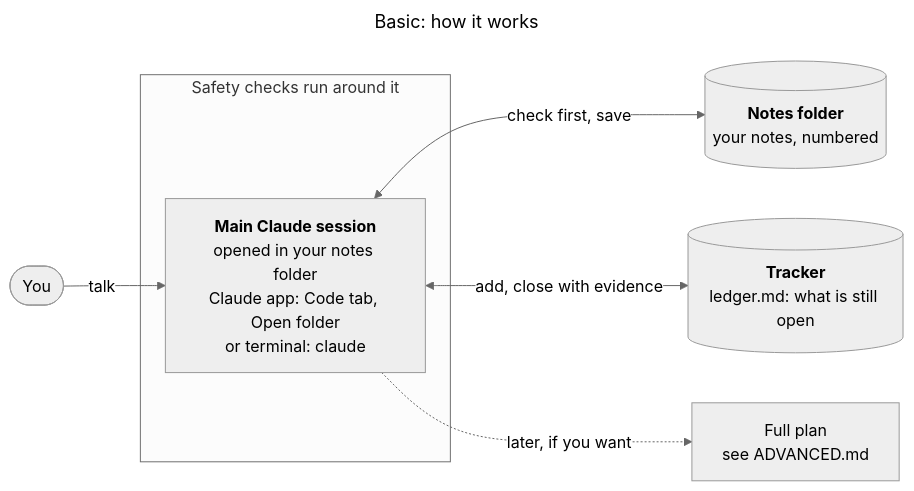
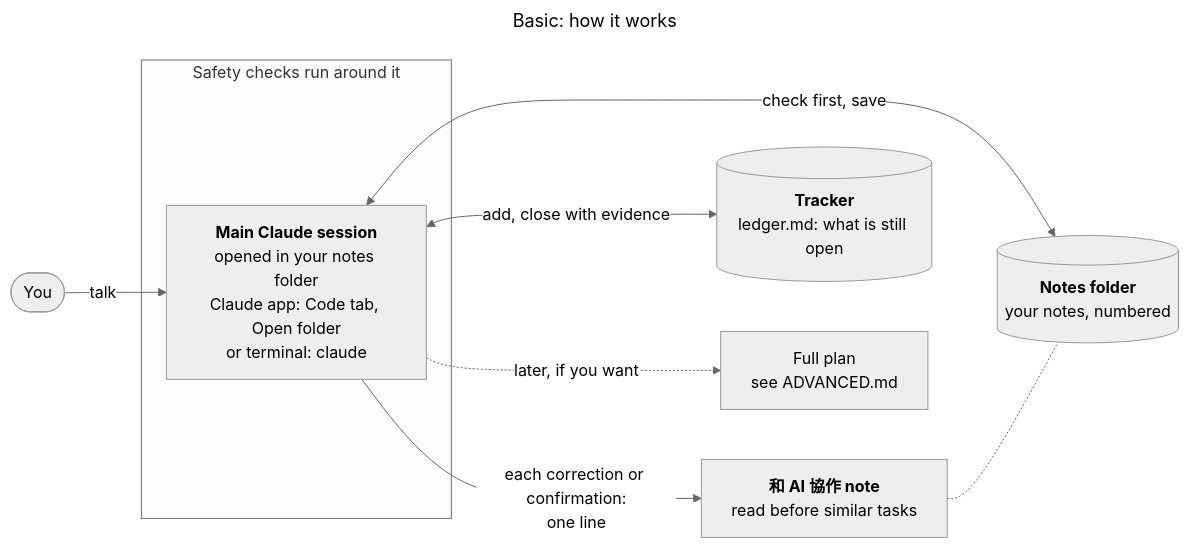
One commit to 0Smallcat0/second-brain-kit changed the diagram in README.md. Above: the diagram before and after it, drawn with Mermaid (neutral theme). The commit also changed other lines of this file and 61 other files, not shown here.

````diff
--- a/README.md
+++ b/README.md
@@ -67,13 +78,15 @@
 ```mermaid
 ---
 title: "Basic: how it works"
 ---
 flowchart LR
   You(["You"]) -->|talk| Main
   subgraph Checks["Safety checks run around it"]
     Main["<b>Main Claude session</b><br/>opened in your notes folder<br/>Claude app: Code tab, Open folder<br/>or terminal: claude"]
   end
   Main <-->|check first, save| Notes[("<b>Notes folder</b><br/>your notes, numbered")]
+  Main -->|"each correction or confirmation:<br/>one line"| Learn["<b>和 AI 協作 note</b><br/>read before similar tasks"]
+  Learn -.- Notes
   Main <-->|add, close with evidence| Work[("<b>Tracker</b><br/>ledger.md: what is still open")]
   Main -.->|later, if you want| Adv["Full plan<br/>see ADVANCED.md"]
 ```
````
